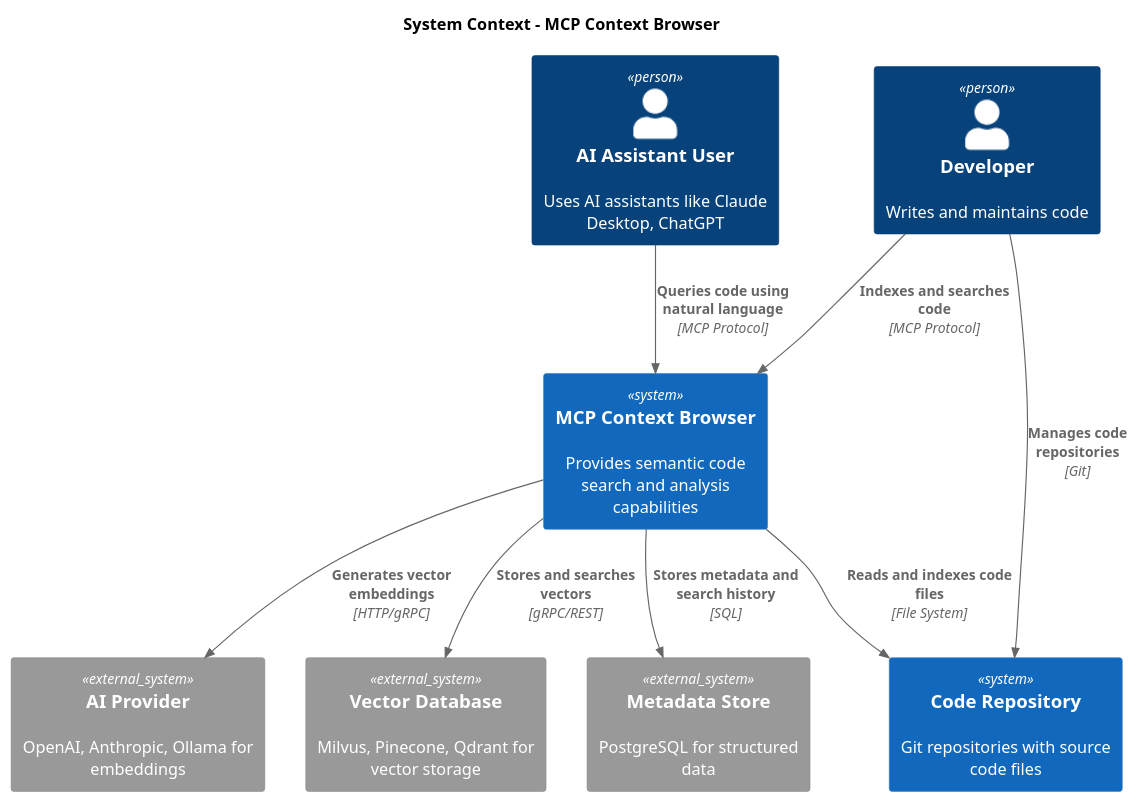
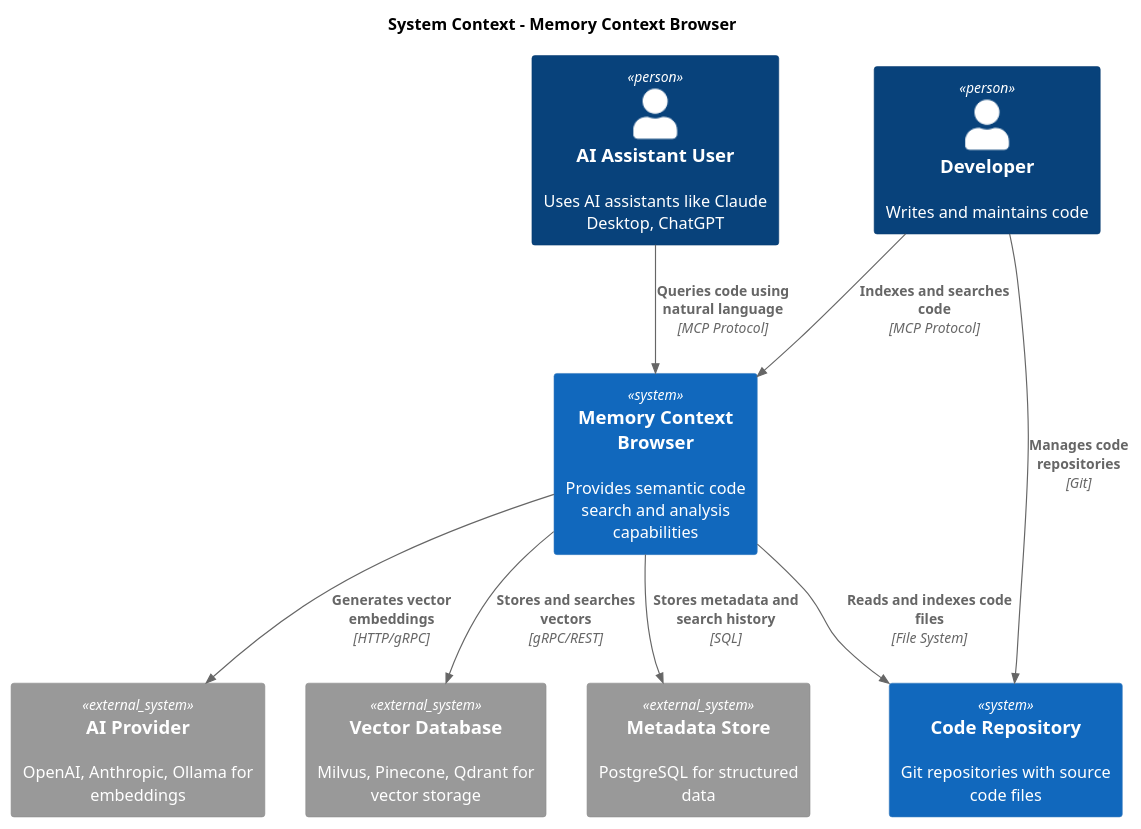
The diagram in docs/diagrams/system-context.puml (marlonsc/mcb), drawn with PlantUML before and after one commit. The commit also changed 64 other files, not shown here.

First line of the commit message:
refactor: rename MCP Context Browser to Memory Context Browser across documentation

```diff
--- a/docs/diagrams/system-context.puml
+++ b/docs/diagrams/system-context.puml
@@ -1,24 +1,24 @@
-@startuml System Context - MCP Context Browser
+@startuml System Context - Memory Context Browser
 !include <C4/C4_Container>
 
-title System Context - MCP Context Browser
+title System Context - Memory Context Browser
 
 Person(ai_user, "AI Assistant User", "Uses AI assistants like Claude Desktop, ChatGPT")
 Person(developer, "Developer", "Writes and maintains code")
 
-System(mcp_server, "MCP Context Browser", "Provides semantic code search and analysis capabilities")
+System(mcp_server, "Memory Context Browser", "Provides semantic code search and analysis capabilities")
 System(codebase, "Code Repository", "Git repositories with source code files")
 System_Ext(ai_provider, "AI Provider", "OpenAI, Anthropic, Ollama for embeddings")
 System_Ext(vector_db, "Vector Database", "Milvus, Pinecone, Qdrant for vector storage")
 System_Ext(metadata_store, "Metadata Store", "PostgreSQL for structured data")
 
 Rel(ai_user, mcp_server, "Queries code using natural language", "MCP Protocol")
 Rel(developer, mcp_server, "Indexes and searches code", "MCP Protocol")
 Rel(developer, codebase, "Manages code repositories", "Git")
 
 Rel(mcp_server, codebase, "Reads and indexes code files", "File System")
 Rel(mcp_server, ai_provider, "Generates vector embeddings", "HTTP/gRPC")
 Rel(mcp_server, vector_db, "Stores and searches vectors", "gRPC/REST")
 Rel(mcp_server, metadata_store, "Stores metadata and search history", "SQL")
 
 @enduml
```
